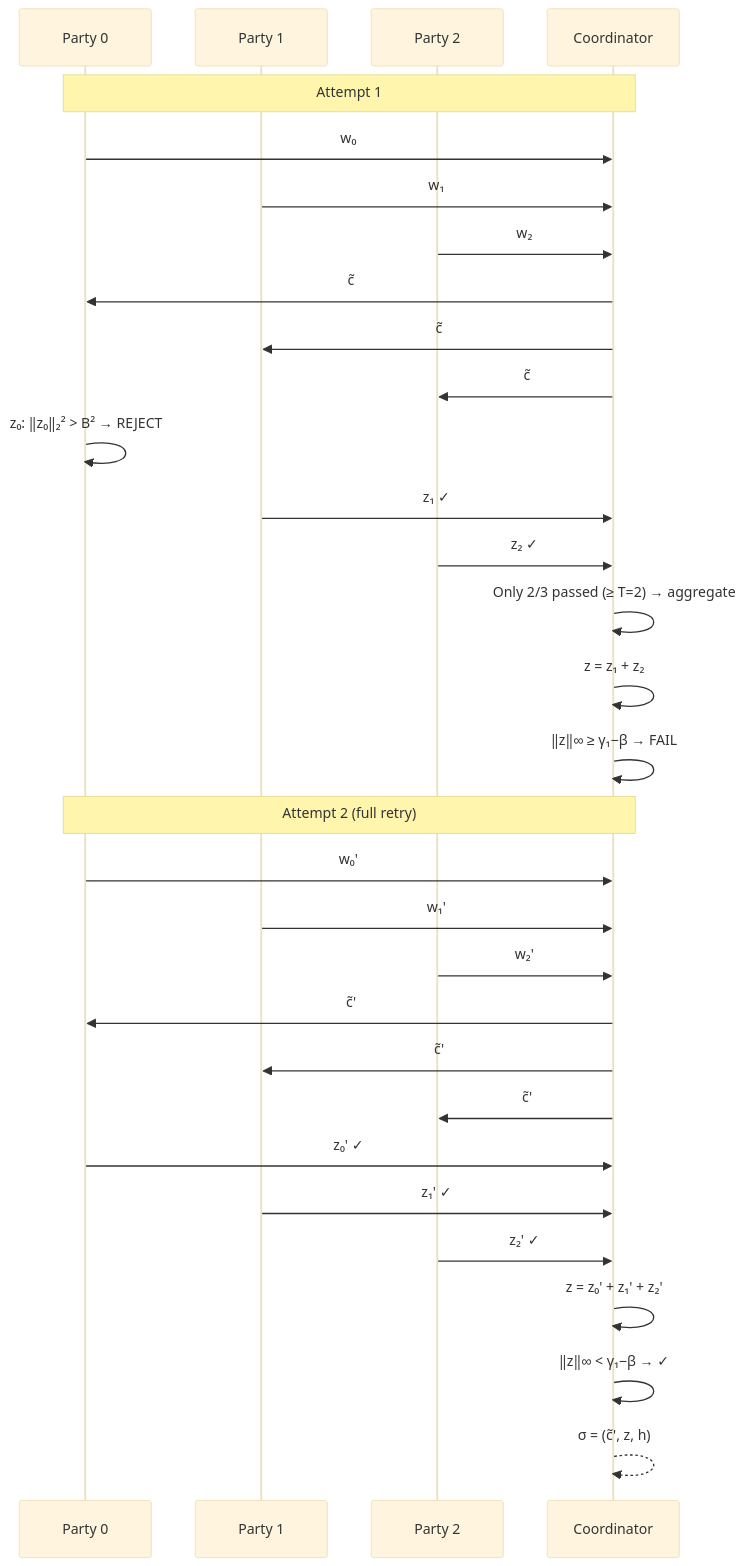
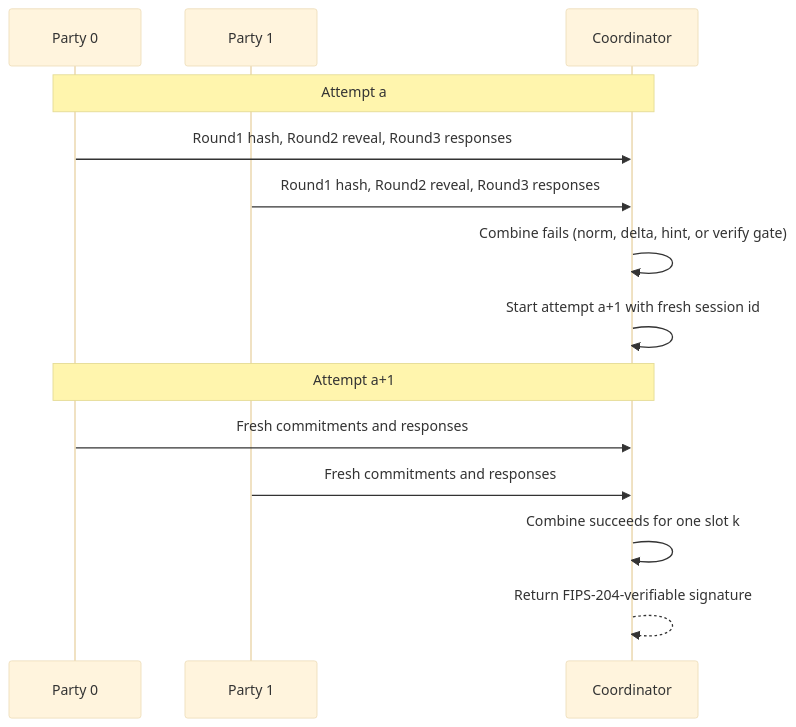
The fifth of 8 diagrams in PROTOCOL.md (lattice-safe/threshold-ml-dsa), drawn with Mermaid (base theme) before and after one commit. The commit also changed other lines of this file and 2 other files, not shown here.

Commit message:
docs: align README/SDK/PROTOCOL with v0.3 signing flow

````diff
--- a/PROTOCOL.md
+++ b/PROTOCOL.md
@@ -664,41 +640,18 @@
 ```mermaid
 sequenceDiagram
     participant P0 as Party 0
     participant P1 as Party 1
-    participant P2 as Party 2
     participant C as Coordinator
 
-    Note over P0,C: Attempt 1
+    Note over P0,C: Attempt a
+    P0->>C: Round1 hash, Round2 reveal, Round3 responses
+    P1->>C: Round1 hash, Round2 reveal, Round3 responses
+    C->>C: Combine fails (norm, delta, hint, or verify gate)
+    C->>C: Start attempt a+1 with fresh session id
 
-    P0->>C: w₀
-    P1->>C: w₁
-    P2->>C: w₂
-    C->>P0: c̃
-    C->>P1: c̃
-    C->>P2: c̃
-
-    P0->>P0: z₀: ‖z₀‖₂² > B² → REJECT
-    P1->>C: z₁ ✓
-    P2->>C: z₂ ✓
-
-    C->>C: Only 2/3 passed (≥ T=2) → aggregate
-    C->>C: z = z₁ + z₂
-    C->>C: ‖z‖∞ ≥ γ₁−β → FAIL
-
-    Note over P0,C: Attempt 2 (full retry)
-
-    P0->>C: w₀'
-    P1->>C: w₁'
-    P2->>C: w₂'
-    C->>P0: c̃'
-    C->>P1: c̃'
-    C->>P2: c̃'
-
-    P0->>C: z₀' ✓
-    P1->>C: z₁' ✓
-    P2->>C: z₂' ✓
-
-    C->>C: z = z₀' + z₁' + z₂'
-    C->>C: ‖z‖∞ < γ₁−β → ✓
-    C-->>C: σ = (c̃', z, h)
+    Note over P0,C: Attempt a+1
+    P0->>C: Fresh commitments and responses
+    P1->>C: Fresh commitments and responses
+    C->>C: Combine succeeds for one slot k
+    C-->>C: Return FIPS-204-verifiable signature
 ```
````
